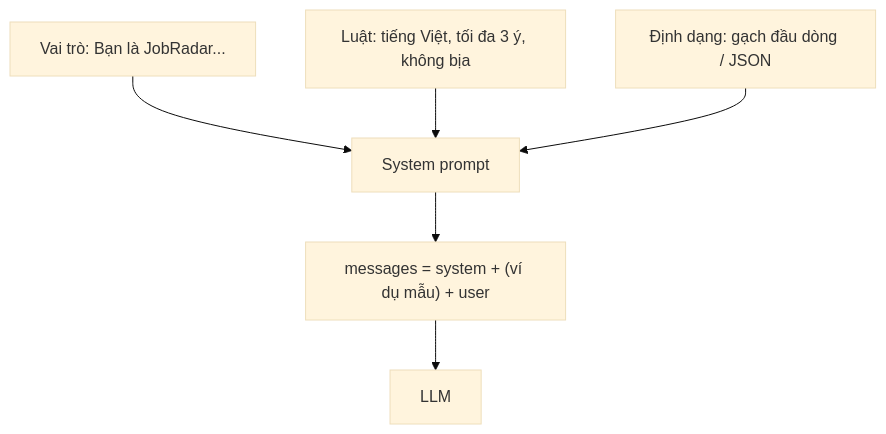
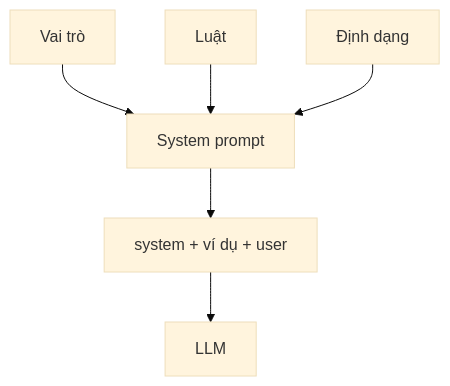
The second of 3 diagrams in academy/curriculum/L04-temperature-system-prompt/lesson.md (ht-nah98/ai-academy), drawn with Mermaid (base theme) before and after one commit. The commit also changed other lines of this file and 54 other files, not shown here.

````diff
--- a/academy/curriculum/L04-temperature-system-prompt/lesson.md
+++ b/academy/curriculum/L04-temperature-system-prompt/lesson.md
@@ -110,8 +110,8 @@
 ```mermaid
-flowchart TB
-    P["Vai trò: Bạn là JobRadar..."] --> S["System prompt"]
-    R["Luật: tiếng Việt, tối đa 3 ý, không bịa"] --> S
-    F["Định dạng: gạch đầu dòng / JSON"] --> S
-    S --> M["messages = system + (ví dụ mẫu) + user"]
+flowchart TD
+    P["Vai trò"] --> S["System prompt"]
+    R["Luật"] --> S
+    F["Định dạng"] --> S
+    S --> M["system + ví dụ + user"]
     M --> L["LLM"]
 ```
````
